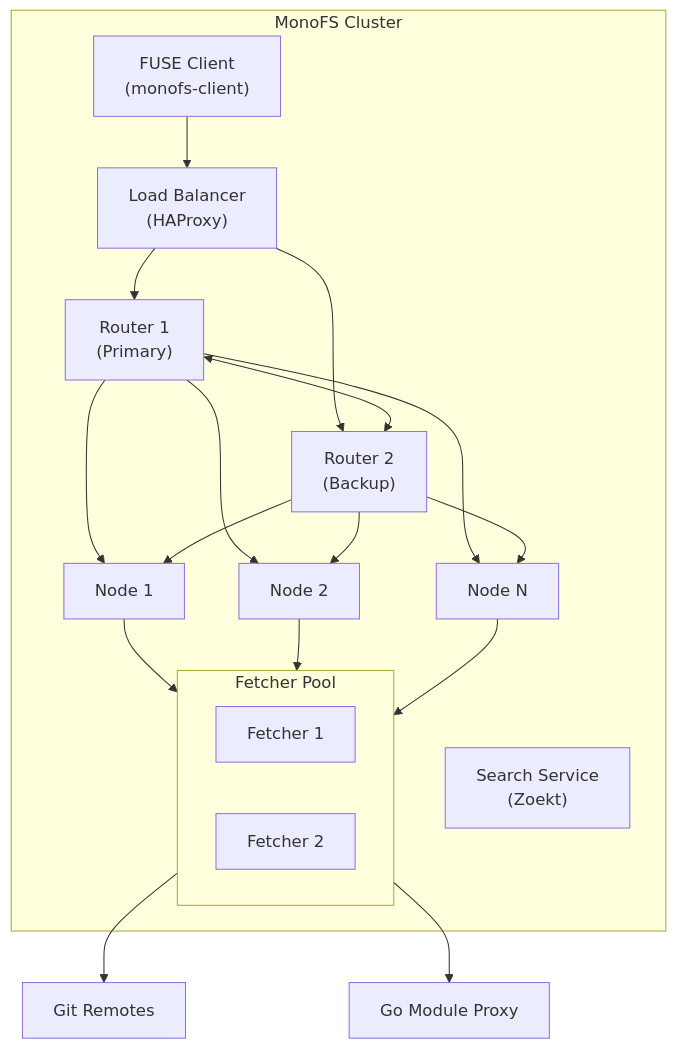
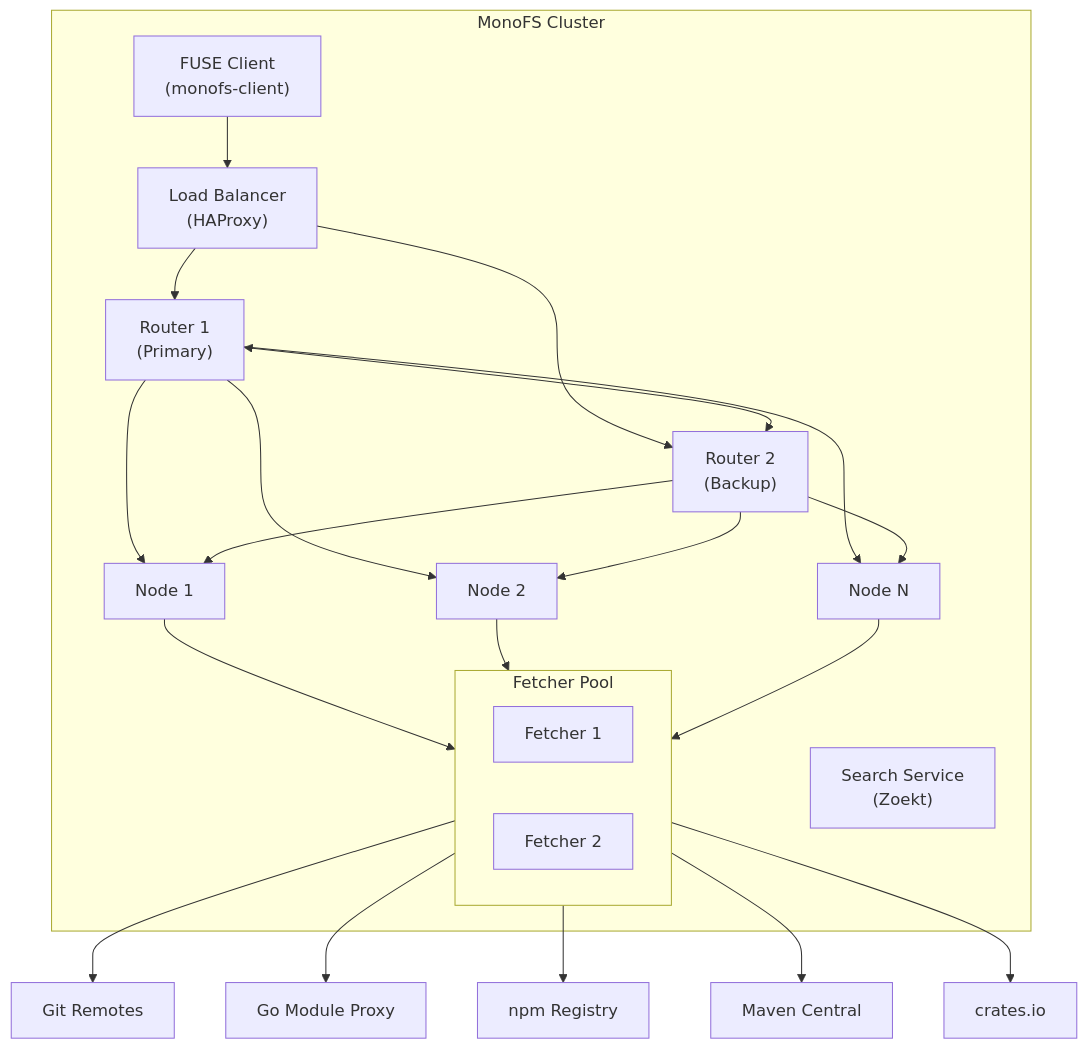
Before and after one commit to radryc/monofs: the second of 10 diagrams in docs/ARCHITECTURE.md, drawn with Mermaid. The commit also changed other lines of this file and 58 other files, not shown here.

First line of the commit message:
feat: add multi-backend ingestion for npm, Maven, Cargo with modular handler pattern

````diff
--- a/docs/ARCHITECTURE.md
+++ b/docs/ARCHITECTURE.md
@@ -36,39 +36,45 @@
 ```mermaid
 flowchart TB
     subgraph Cluster["MonoFS Cluster"]
         Client["FUSE Client<br/>(monofs-client)"]
         LB["Load Balancer<br/>(HAProxy)"]
         R1["Router 1<br/>(Primary)"]
         R2["Router 2<br/>(Backup)"]
         N1["Node 1"]
         N2["Node 2"]
         N3["Node N"]
         
         subgraph Fetchers["Fetcher Pool"]
             F1["Fetcher 1"]
             F2["Fetcher 2"]
         end
         
         Search["Search Service<br/>(Zoekt)"]
         
         Client --> LB
         LB --> R1
         LB --> R2
         R1 <--> R2
         R1 --> N1
         R1 --> N2
         R1 --> N3
         R2 --> N1
         R2 --> N2
         R2 --> N3
         N1 --> Fetchers
         N2 --> Fetchers
         N3 --> Fetchers
     end
     
     Git["Git Remotes"]
     GoMod["Go Module Proxy"]
+    NPMReg["npm Registry"]
+    MavenCentral["Maven Central"]
+    CratesIO["crates.io"]
     
     Fetchers --> Git
     Fetchers --> GoMod
+    Fetchers --> NPMReg
+    Fetchers --> MavenCentral
+    Fetchers --> CratesIO
 ```
````
